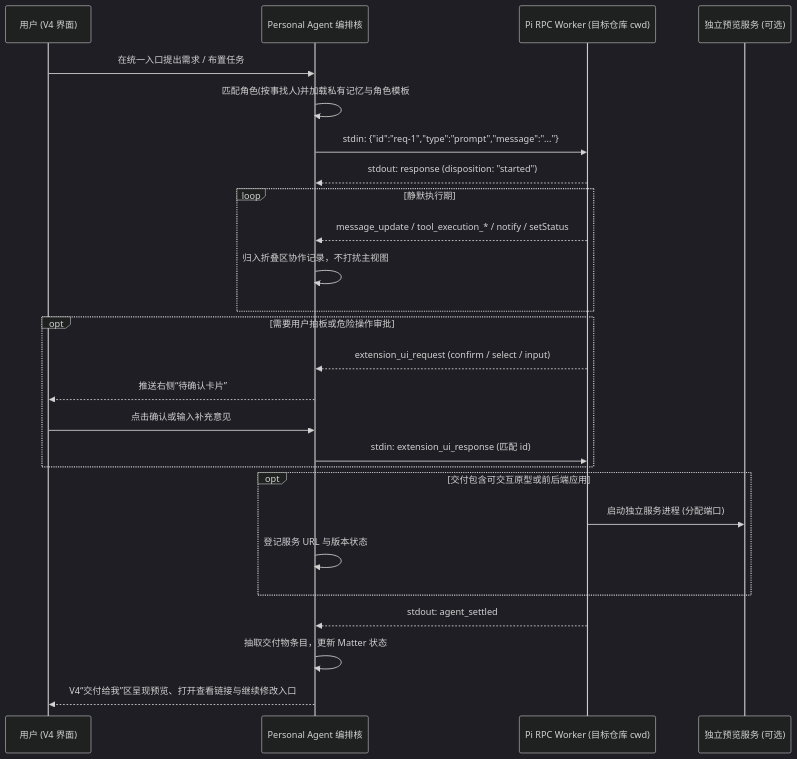
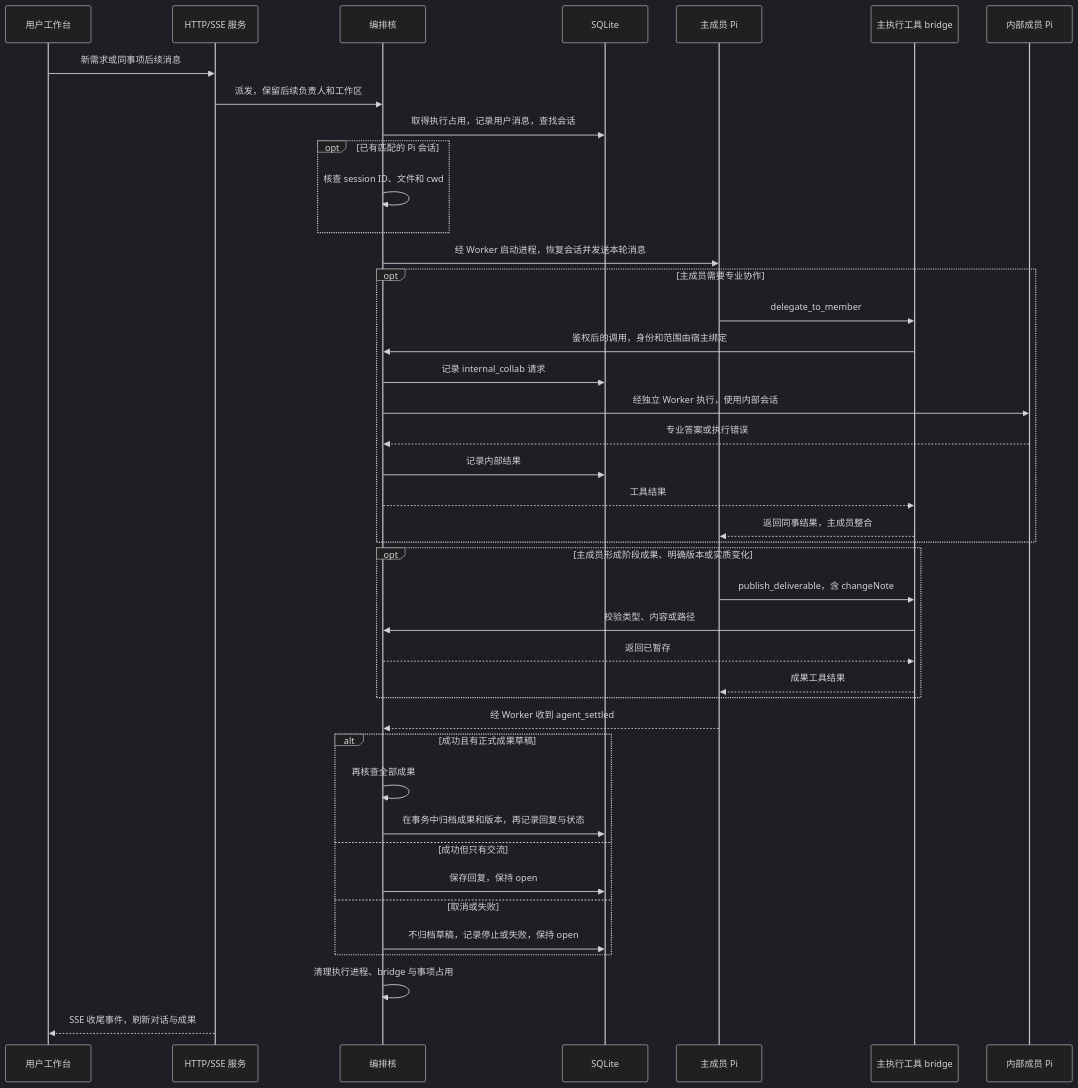
The second of 2 diagrams in docs/architecture-and-plan.md (civaapple-alt/personal-agent), drawn with Mermaid (dark theme) before and after one commit. The commit also changed other lines of this file and 2 other files, not shown here.

Commit message:
docs: refresh current architecture and next-stage plan

````diff
--- a/docs/architecture-and-plan.md
+++ b/docs/architecture-and-plan.md
@@ -103,29 +129,45 @@
 ```mermaid
 sequenceDiagram
-    participant U as 用户 (V4 界面)
-    participant O as Personal Agent 编排核
-    participant R as Pi RPC Worker (目标仓库 cwd)
-    participant S as 独立预览服务 (可选)
+    participant U as 用户工作台
+    participant A as HTTP/SSE 服务
+    participant O as 编排核
+    participant S as SQLite
+    participant M as 主成员 Pi
+    participant B as 主执行工具 bridge
+    participant C as 内部成员 Pi
 
-    U->>O: 在统一入口提出需求 / 布置任务
-    O->>O: 匹配角色(按事找人)并加载私有记忆与角色模板
-    O->>R: stdin: {"id":"req-1","type":"prompt","message":"..."}
-    R-->>O: stdout: response (disposition: "started")
-    loop 静默执行期
-        R-->>O: message_update / tool_execution_* / notify / setStatus
-        O->>O: 归入折叠区协作记录，不打扰主视图
+    U->>A: 新需求或同事项后续消息
+    A->>O: 派发，保留后续负责人和工作区
+    O->>S: 取得执行占用，记录用户消息，查找会话
+    opt 已有匹配的 Pi 会话
+        O->>O: 核查 session ID、文件和 cwd
     end
-    opt 需要用户拍板或危险操作审批
-        R-->>O: extension_ui_request (confirm / select / input)
-        O-->>U: 推送右侧“待确认卡片”
-        U->>O: 点击确认或输入补充意见
-        O->>R: stdin: extension_ui_response (匹配 id)
+    O->>M: 经 Worker 启动进程，恢复会话并发送本轮消息
+    opt 主成员需要专业协作
+        M->>B: delegate_to_member
+        B->>O: 鉴权后的调用，身份和范围由宿主绑定
+        O->>S: 记录 internal_collab 请求
+        O->>C: 经独立 Worker 执行，使用内部会话
+        C-->>O: 专业答案或执行错误
+        O->>S: 记录内部结果
+        O-->>B: 工具结果
+        B-->>M: 返回同事结果，主成员整合
     end
-    opt 交付包含可交互原型或前后端应用
-        R->>S: 启动独立服务进程 (分配端口)
-        O->>O: 登记服务 URL 与版本状态
+    opt 主成员形成阶段成果、明确版本或实质变化
+        M->>B: publish_deliverable，含 changeNote
+        B->>O: 校验类型、内容或路径
+        O-->>B: 返回已暂存
+    B-->>M: 成果工具结果
     end
-    R-->>O: stdout: agent_settled
-    O->>O: 抽取交付物条目，更新 Matter 状态
-    O-->>U: V4“交付给我”区呈现预览、打开查看链接与继续修改入口
+    M-->>O: 经 Worker 收到 agent_settled
+    alt 成功且有正式成果草稿
+        O->>O: 再核查全部成果
+        O->>S: 在事务中归档成果和版本，再记录回复与状态
+    else 成功但只有交流
+        O->>S: 保存回复，保持 open
+    else 取消或失败
+        O->>S: 不归档草稿，记录停止或失败，保持 open
+    end
+    O->>O: 清理执行进程、bridge 与事项占用
+    A-->>U: SSE 收尾事件，刷新对话与成果
 ```
````
